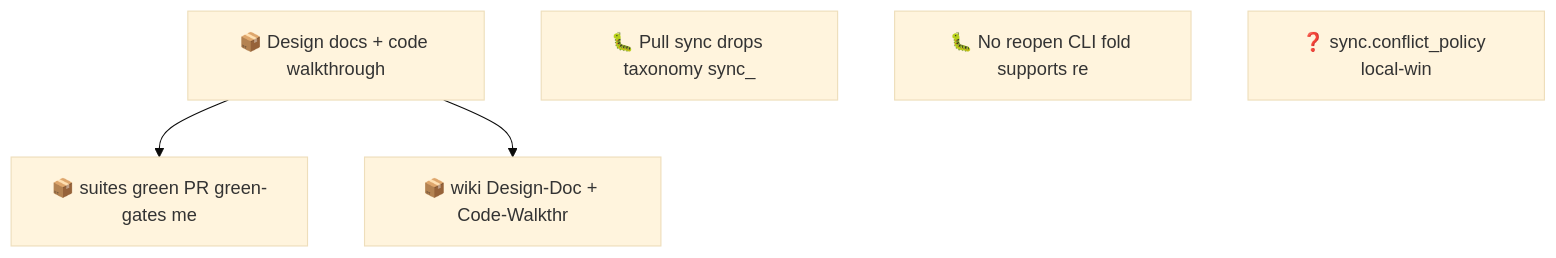
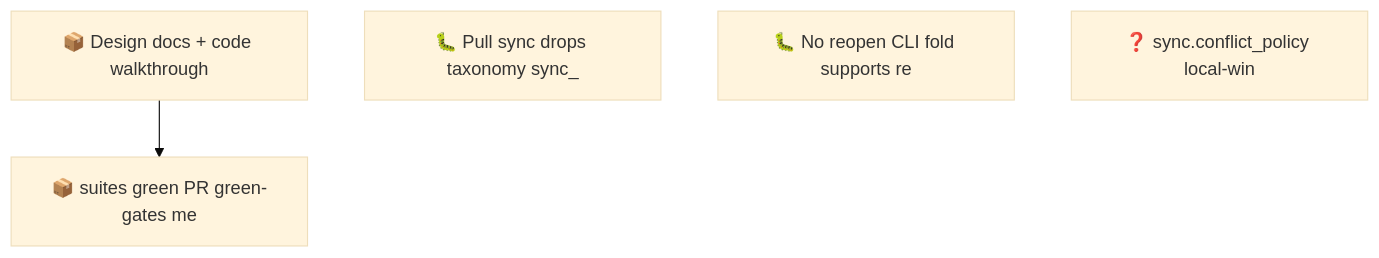
Before and after one commit to SpillwaveSolutions/wiki_ticket_sdd: the second of 2 diagrams in docs/roadmap.md, drawn with Mermaid (base theme). The commit also changed other lines of this file and 2 other files, not shown here.

First line of the commit message:
chore: wiki ledger for design pages; item states

````diff
--- a/docs/roadmap.md
+++ b/docs/roadmap.md
@@ -70,11 +62,9 @@
 ```mermaid
 graph TD
     01KXY7X0QH47Z6B5QZD5G052FJ["📦 Design docs + code walkthrough"]
     01KXY7X0QJ79852RFK5Q8F6FZM["📦 suites green PR green-gates me"]
-    01KXY7X0QJY4JZWYYF2CA46B9G["📦 wiki Design-Doc + Code-Walkthr"]
     01KXY8V5WZJ4E76B3D39KW5DCE["🐛 Pull sync drops taxonomy sync_"]
     01KXY8V62QH1H1V70M0Y08ARXX["🐛 No reopen CLI fold supports re"]
     01KXY8V686YPK4ET2XFB2KW2RX["❓ sync.conflict_policy local-win"]
     01KXY7X0QH47Z6B5QZD5G052FJ --> 01KXY7X0QJ79852RFK5Q8F6FZM
-    01KXY7X0QH47Z6B5QZD5G052FJ --> 01KXY7X0QJY4JZWYYF2CA46B9G
 ```
````
